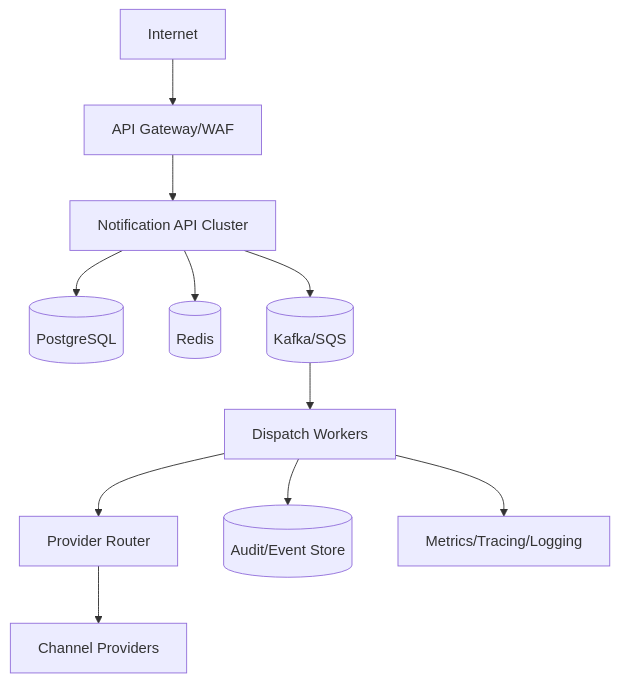
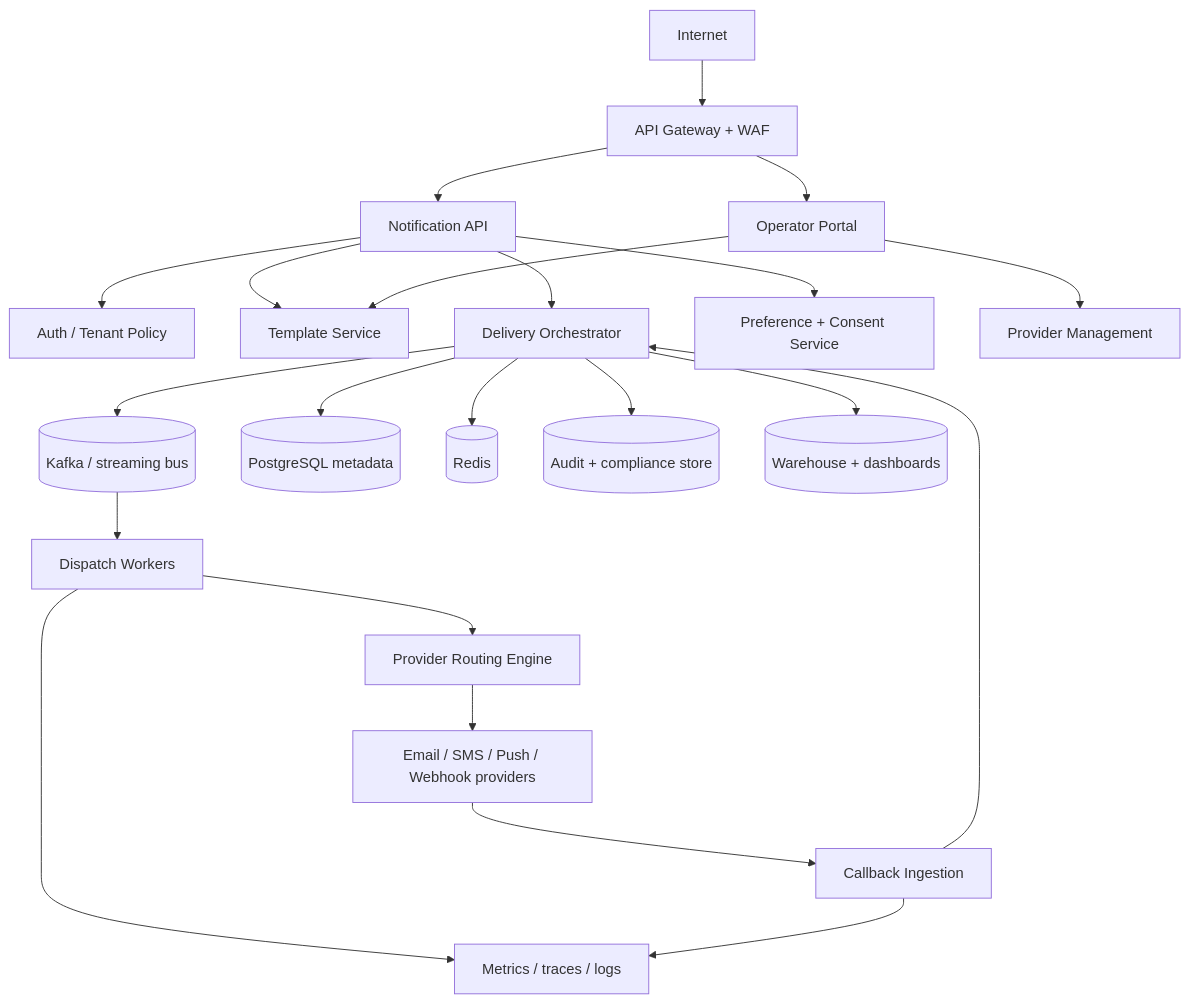
Before and after one commit to 0Ankit0/Project-Ideas: the diagram in Messaging and Notification Platform/high-level-design/architecture-diagram.md, drawn with Mermaid. The commit also changed other lines of this file and 19 other files, not shown here.

Commit message:
Update Messaging and Notification Platform: analysis, design, edge cases, HLD, implementation, infra, and requirements docs

````diff
--- a/Messaging and Notification Platform/high-level-design/architecture-diagram.md
+++ b/Messaging and Notification Platform/high-level-design/architecture-diagram.md
@@ -10,13 +11,26 @@
 ```mermaid
 flowchart TB
-  Internet --> Edge[API Gateway/WAF]
-  Edge --> API[Notification API Cluster]
-  API --> DB[(PostgreSQL)]
-  API --> Cache[(Redis)]
-  API --> Bus[(Kafka/SQS)]
-  Bus --> Workers[Dispatch Workers]
-  Workers --> Router[Provider Router]
-  Router --> Providers[Channel Providers]
-  Workers --> Audit[(Audit/Event Store)]
-  Workers --> Obs[Metrics/Tracing/Logging]
+  Internet --> Edge[API Gateway + WAF]
+  Edge --> API[Notification API]
+  Edge --> Portal[Operator Portal]
+  API --> Auth[Auth / Tenant Policy]
+  API --> Template[Template Service]
+  API --> Orchestrator[Delivery Orchestrator]
+  API --> Pref[Preference + Consent Service]
+  Portal --> Template
+  Portal --> ProviderAdmin[Provider Management]
+
+  Orchestrator --> Bus[(Kafka / streaming bus)]
+  Orchestrator --> MsgDB[(PostgreSQL metadata)]
+  Orchestrator --> Cache[(Redis)]
+  Bus --> Dispatch[Dispatch Workers]
+  Dispatch --> Router[Provider Routing Engine]
+  Router --> Providers[Email / SMS / Push / Webhook providers]
+  Providers --> Callback[Callback Ingestion]
+  Callback --> Orchestrator
+
+  Orchestrator --> Audit[(Audit + compliance store)]
+  Orchestrator --> Analytics[(Warehouse + dashboards)]
+  Dispatch --> Obs[Metrics / traces / logs]
+  Callback --> Obs
 ```
````
